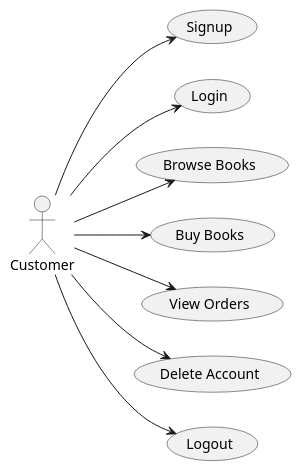
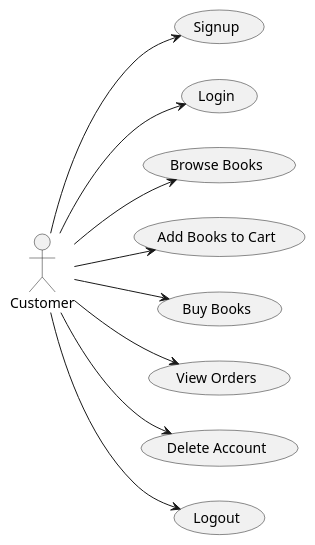
One commit to msteenstu/3024-Final-Project changed the diagram in uml/usecase.wsd. Above: the diagram before and after it, drawn with PlantUML. The commit also changed 16 other files, not shown here.

```diff
--- a/uml/usecase.wsd
+++ b/uml/usecase.wsd
@@ -1,14 +1,15 @@
 @startuml
 left to right direction
 
 :Customer:
 
 Customer --> (Signup)
 Customer --> (Login)
 Customer --> (Browse Books)
+Customer --> (Add Books to Cart)
 Customer --> (Buy Books)
 Customer --> (View Orders)
 Customer --> (Delete Account)
 Customer --> (Logout)
 
 @enduml
```
